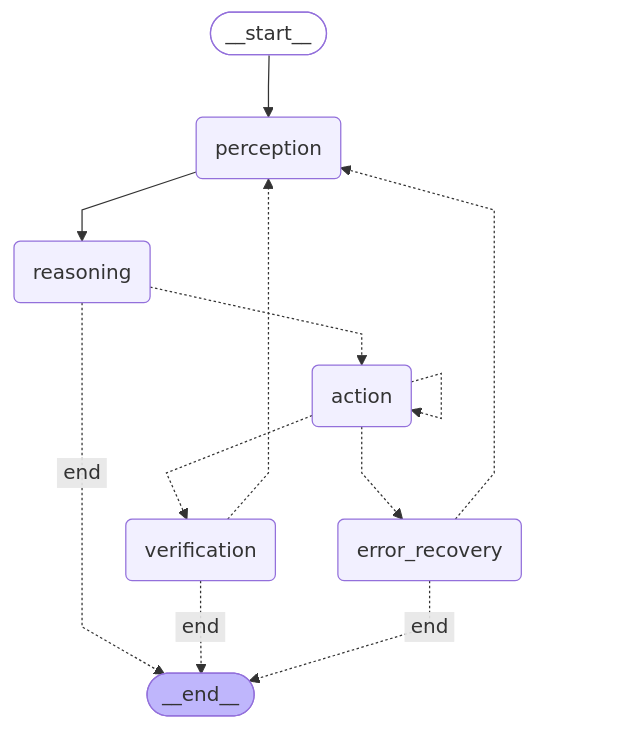
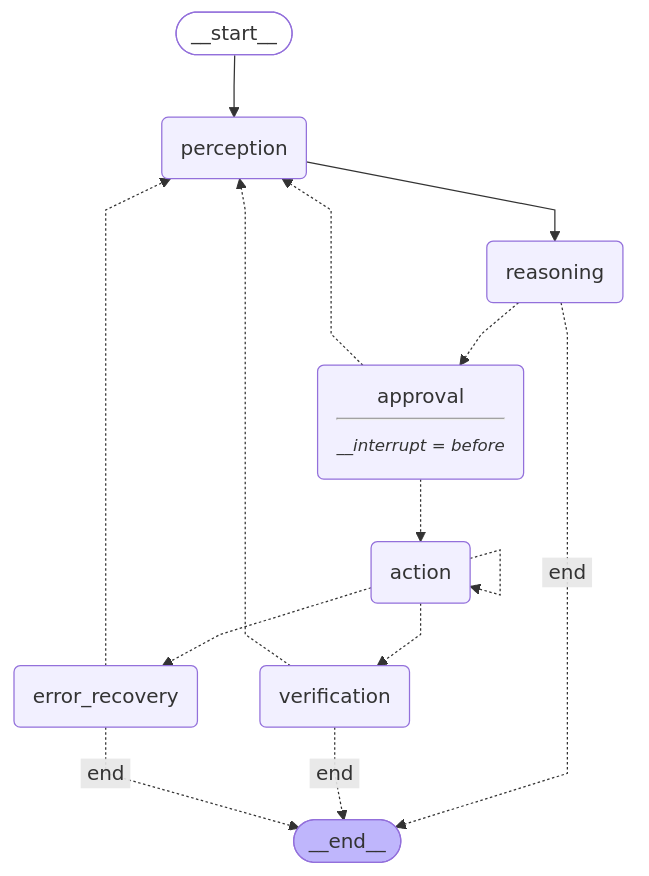
The diagram in workflow.mmd (Youssef-Hossam2274/inspace-desktop), drawn with Mermaid before and after one commit. The commit also changed 24 other files, not shown here.

```diff
--- a/workflow.mmd
+++ b/workflow.mmd
@@ -1,23 +1,26 @@
 %%{init: {'flowchart': {'curve': 'linear'}}}%%
 graph TD;
 	__start__([<p>__start__</p>]):::first
 	perception(perception)
 	reasoning(reasoning)
+	approval(approval<hr/><small><em>__interrupt = before</em></small>)
 	action(action)
 	verification(verification)
 	error_recovery(error_recovery)
 	__end__([<p>__end__</p>]):::last
 	__start__ --> perception;
 	perception --> reasoning;
-	reasoning -.-> action;
+	reasoning -.-> approval;
 	reasoning -. &nbsp;end&nbsp; .-> __end__;
+	approval -.-> action;
+	approval -.-> perception;
 	action -.-> verification;
 	action -.-> error_recovery;
 	verification -.-> perception;
 	verification -. &nbsp;end&nbsp; .-> __end__;
 	error_recovery -.-> perception;
 	error_recovery -. &nbsp;end&nbsp; .-> __end__;
 	action -.-> action;
 	classDef default fill:#f2f0ff,line-height:1.2;
 	classDef first fill-opacity:0;
 	classDef last fill:#bfb6fc;
```
